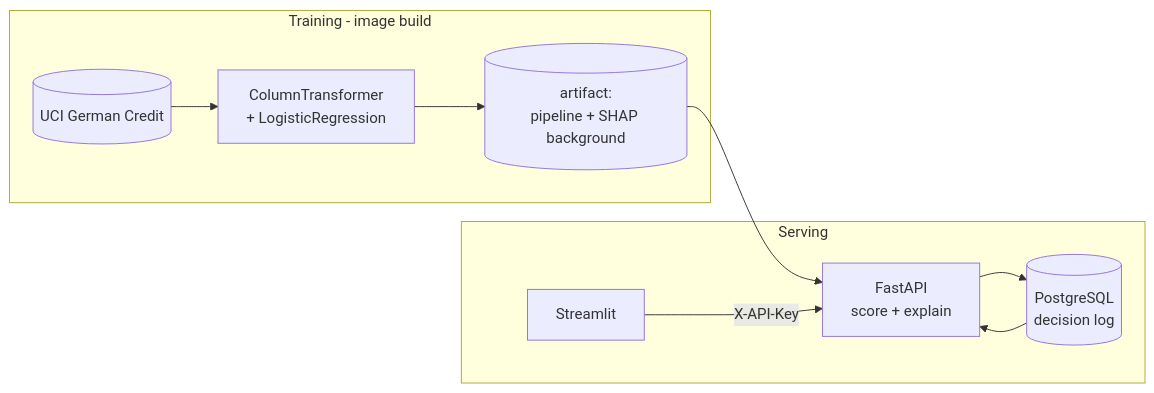
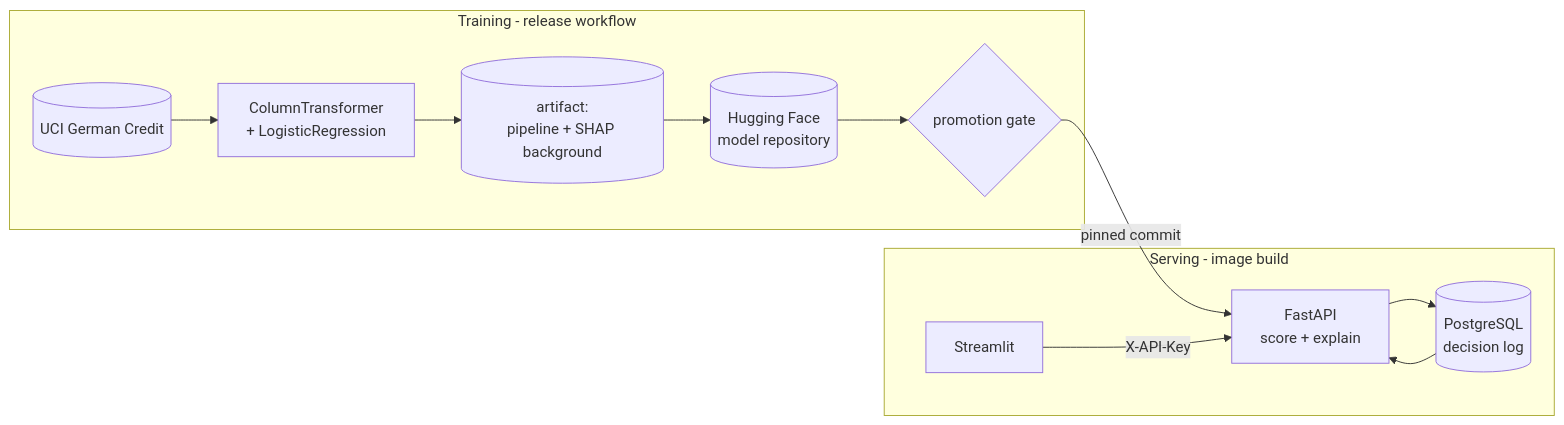
Before and after one commit to jorgeasmz/Credit-Risk-Assessment: the diagram in README.md, drawn with Mermaid. The commit also changed other lines of this file, not shown here.

Commit message:
docs: Describe the release flow and what the image no longer builds

````diff
--- a/README.md
+++ b/README.md
@@ -15,14 +15,16 @@
 ```mermaid
 flowchart LR
-    subgraph training["Training - image build"]
+    subgraph training["Training - release workflow"]
         UCI[("UCI German Credit")] --> PIPE["ColumnTransformer<br/>+ LogisticRegression"]
         PIPE --> ART[("artifact:<br/>pipeline + SHAP background")]
+        ART --> HF[("Hugging Face<br/>model repository")]
+        HF --> GATE{"promotion gate"}
     end
 
-    subgraph serving["Serving"]
-        ART --> API["FastAPI<br/>score + explain"]
+    subgraph serving["Serving - image build"]
+        GATE -->|"pinned commit"| API["FastAPI<br/>score + explain"]
         UI["Streamlit"] -->|"X-API-Key"| API
         API --> DB[("PostgreSQL<br/>decision log")]
         DB --> API
     end
 ```
````
